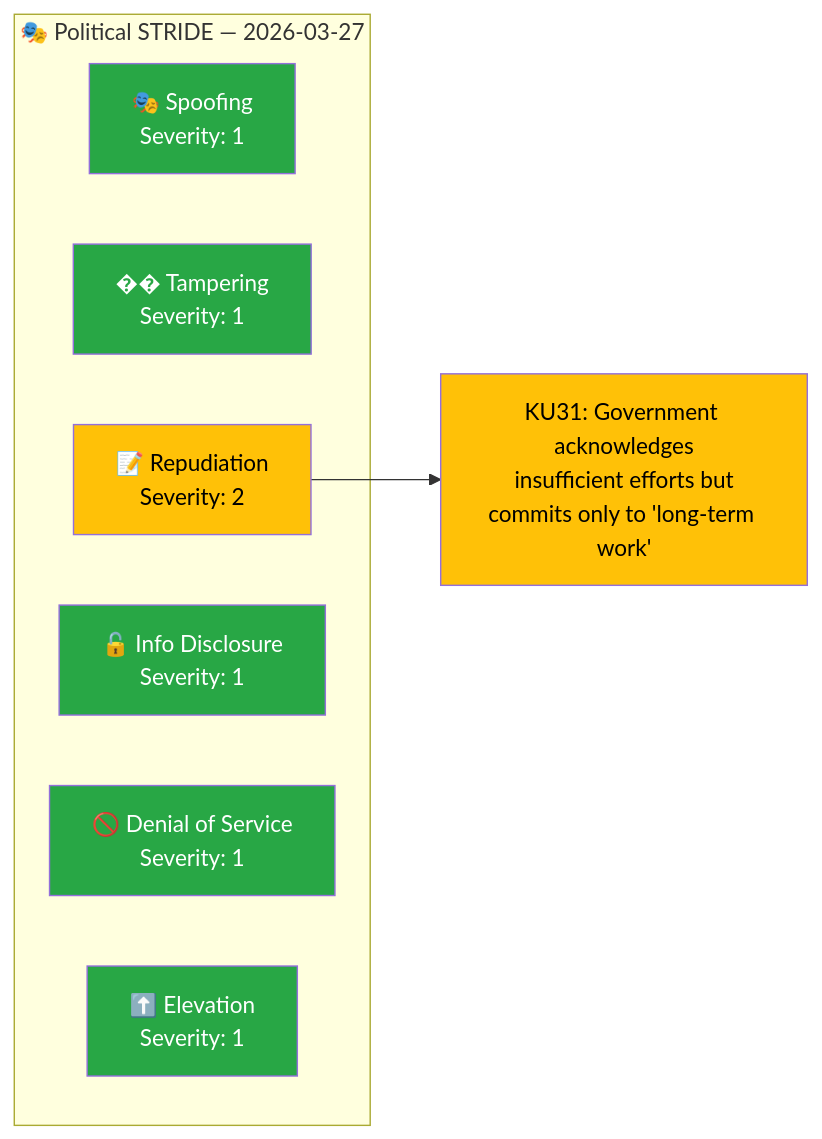
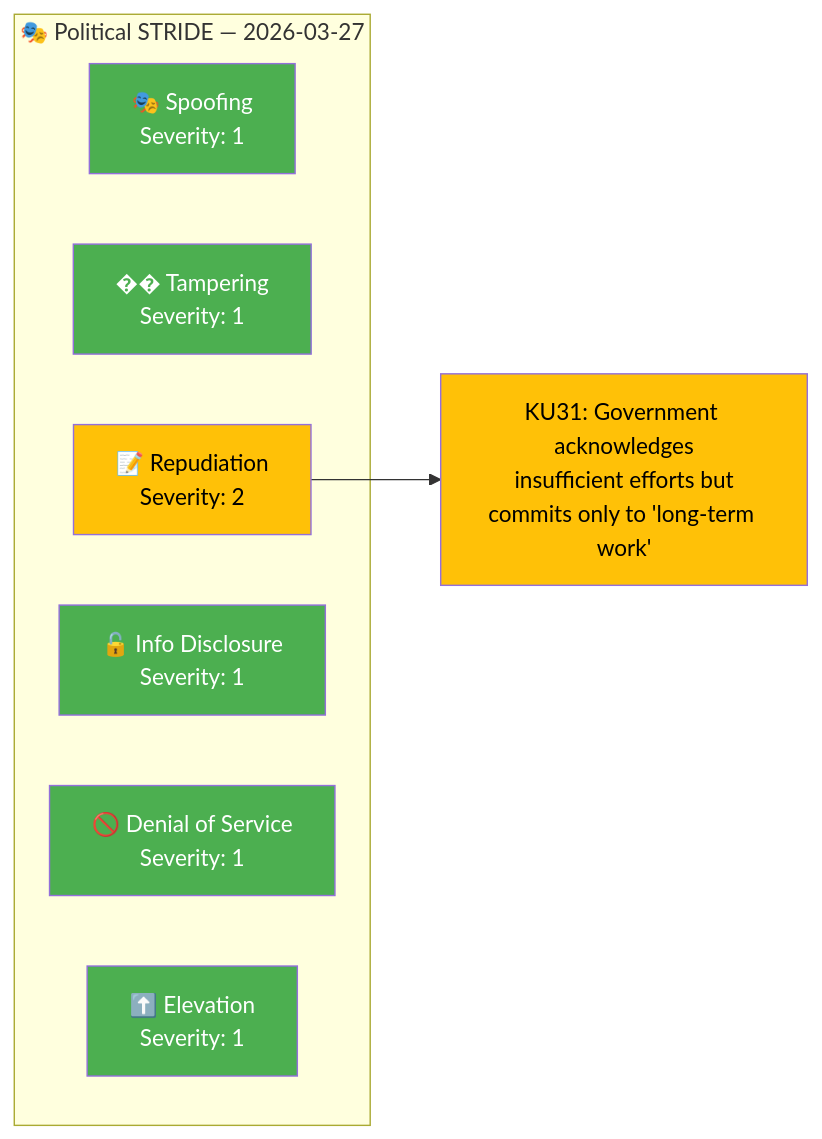
Before and after one commit to Hack23/riksdagsmonitor: the diagram in analysis/daily/2026-03-27/committeeReports/threat-analysis.md, drawn with Mermaid. The commit also changed 785 other files, not shown here.

First line of the commit message:
Normalize mermaid colors across 786 analysis artifacts to ISMS Style Guide palette

````diff
--- a/analysis/daily/2026-03-27/committeeReports/threat-analysis.md
+++ b/analysis/daily/2026-03-27/committeeReports/threat-analysis.md
@@ -23,21 +23,21 @@
 ```mermaid
 graph LR
     subgraph "🎭 Political STRIDE — 2026-03-27"
         S["🎭 Spoofing<br/>Severity: 1"]
         T["�� Tampering<br/>Severity: 1"]
         R["📝 Repudiation<br/>Severity: 2"]
         I["🔓 Info Disclosure<br/>Severity: 1"]
         D["🚫 Denial of Service<br/>Severity: 1"]
         E["⬆️ Elevation<br/>Severity: 1"]
     end
 
     R --> R1["KU31: Government acknowledges<br/>insufficient efforts but<br/>commits only to 'long-term work'"]
 
-    style S fill:#28a745,color:#fff
-    style T fill:#28a745,color:#fff
-    style R fill:#ffc107,color:#000
-    style I fill:#28a745,color:#fff
-    style D fill:#28a745,color:#fff
-    style E fill:#28a745,color:#fff
-    style R1 fill:#ffc107,color:#000
+    style S fill:#4CAF50,color:#FFFFFF
+    style T fill:#4CAF50,color:#FFFFFF
+    style R fill:#FFC107,color:#000000
+    style I fill:#4CAF50,color:#FFFFFF
+    style D fill:#4CAF50,color:#FFFFFF
+    style E fill:#4CAF50,color:#FFFFFF
+    style R1 fill:#FFC107,color:#000000
 ```
````
